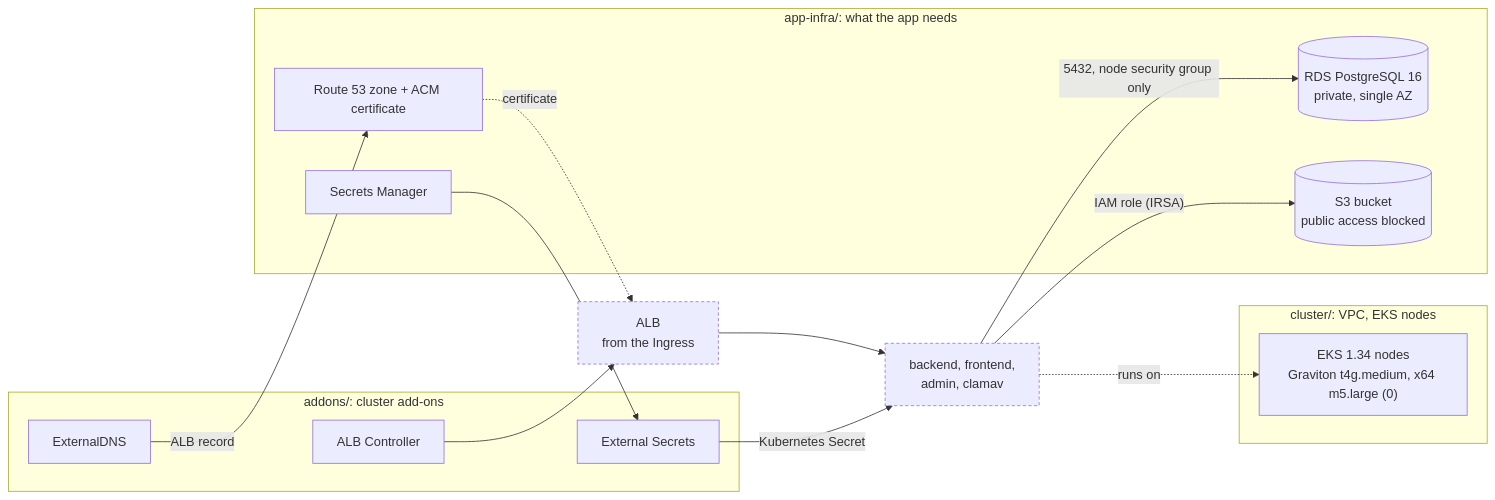
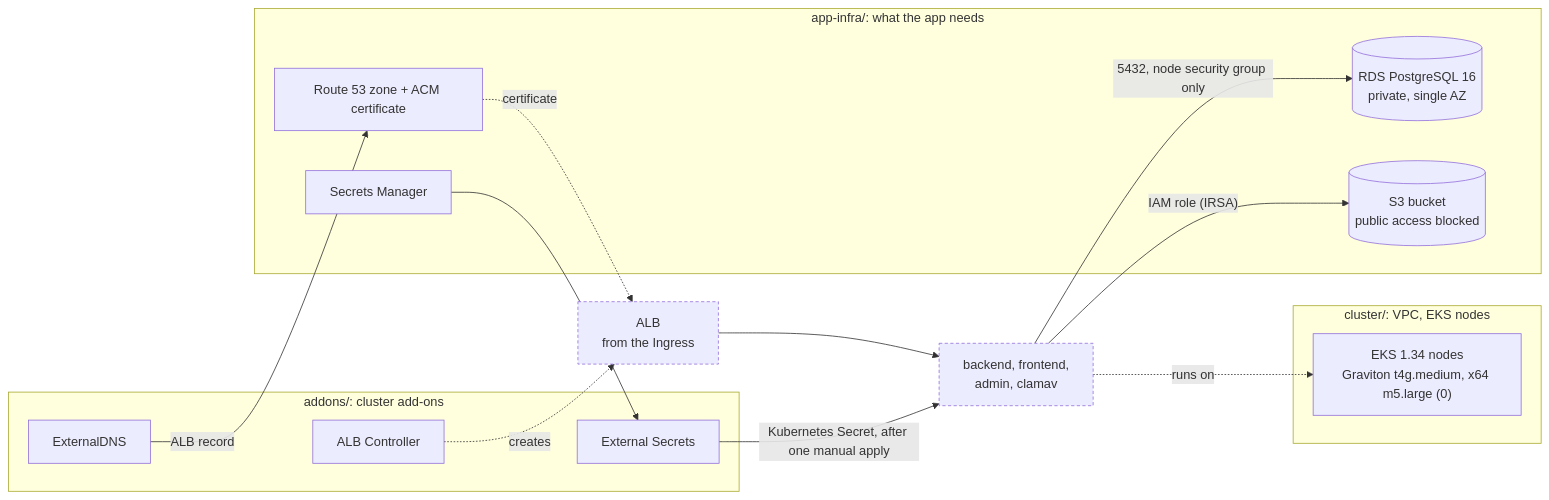
The fourth of 4 diagrams in README.md (Bluecode77732/Upload-Board-Project), drawn with Mermaid before and after one commit. The commit also changed other lines of this file and 1 other file, not shown here.

First line of the commit message:
문서: README의 업로드 원자성 서술과 구조도를 바로잡고 중복을 줄임

````diff
--- a/README.md
+++ b/README.md
@@ -237,27 +214,28 @@
 ```mermaid
 flowchart LR
   subgraph C["cluster/: VPC, EKS nodes"]
     NODES["EKS 1.34 nodes<br/>Graviton t4g.medium, x64 m5.large (0)"]
   end
   subgraph A["app-infra/: what the app needs"]
     RDS[("RDS PostgreSQL 16<br/>private, single AZ")]
     S3[("S3 bucket<br/>public access blocked")]
     SM["Secrets Manager"]
     DNS["Route 53 zone + ACM certificate"]
   end
   subgraph D["addons/: cluster add-ons"]
     LBC["ALB Controller"]
     ESO["External Secrets"]
     EDNS["ExternalDNS"]
   end
   ALB["ALB<br/>from the Ingress"]:::rt
   APP["backend, frontend,<br/>admin, clamav"]:::rt
-  LBC --> ALB --> APP
+  LBC -. "creates" .-> ALB
+  ALB --> APP
   APP -. "runs on" .-> NODES
   APP -- "5432, node security group only" --> RDS
   APP -- "IAM role (IRSA)" --> S3
-  SM --> ESO -- "Kubernetes Secret" --> APP
+  SM --> ESO -- "Kubernetes Secret, after one manual apply" --> APP
   EDNS -- "ALB record" --> DNS
   DNS -. "certificate" .-> ALB
   classDef rt stroke-dasharray:4 3
 ```
````
